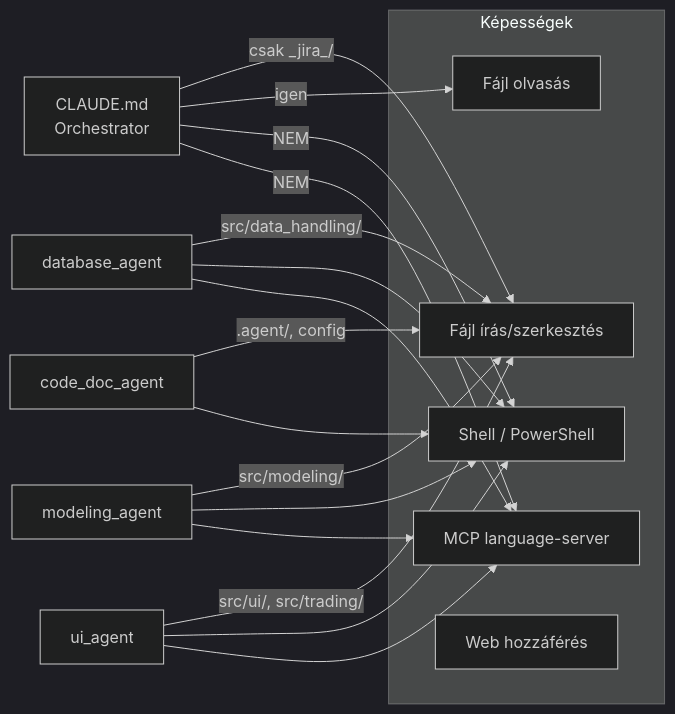
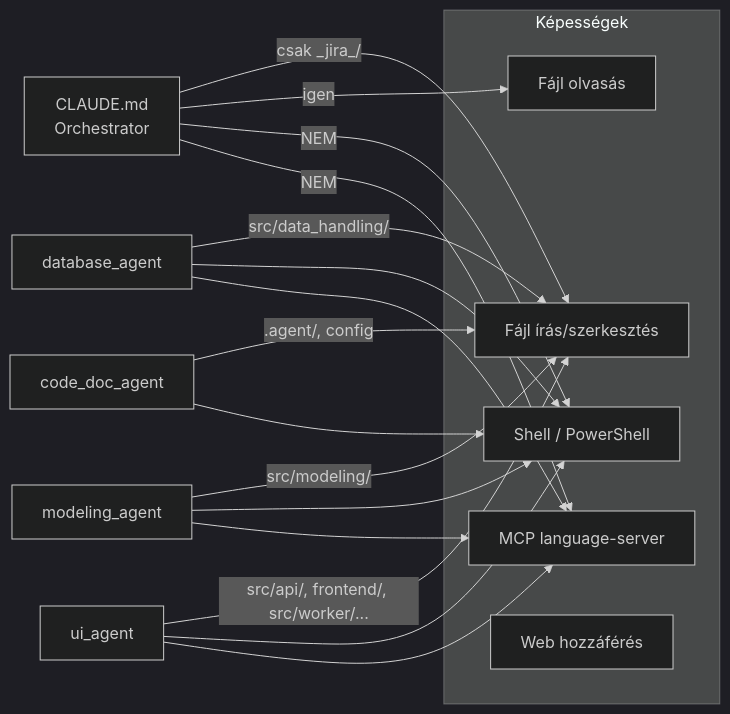
One commit to Nemesis14/chronoquant changed diagram 13 of 24 in _doc_/0001_agentic_system.md. Above: the diagram before and after it, drawn with Mermaid (dark theme). The commit also changed other lines of this file and 1008 other files, not shown here.

First line of the commit message:
epic_068: FastAPI BFF + worker + React UI, Quarto/Streamlit kivezetes, repo takaritas

````diff
--- a/_doc_/0001_agentic_system.md
+++ b/_doc_/0001_agentic_system.md
@@ -370,29 +369,29 @@
 ```mermaid
 flowchart LR
   subgraph Képességek
     READ[Fájl olvasás]
     EDIT[Fájl írás/szerkesztés]
     SHELL[Shell / PowerShell]
     MCP[MCP language-server]
     WEB[Web hozzáférés]
   end
 
   ORCH[CLAUDE.md\nOrchestrator] -->|csak _jira_/| EDIT
   ORCH -->|igen| READ
   ORCH -->|NEM| SHELL
   ORCH -->|NEM| MCP
 
   DB[database_agent] -->|src/data_handling/| EDIT
   MOD[modeling_agent] -->|src/modeling/| EDIT
-  UI[ui_agent] -->|src/ui/, src/trading/| EDIT
+  UI[ui_agent] -->|src/api/, frontend/, src/worker/...| EDIT
   DOC[code_doc_agent] -->|.agent/, config| EDIT
 
   DB --> SHELL
   MOD --> SHELL
   UI --> SHELL
   DOC --> SHELL
 
   DB --> MCP
   MOD --> MCP
   UI --> MCP
 ```
````
